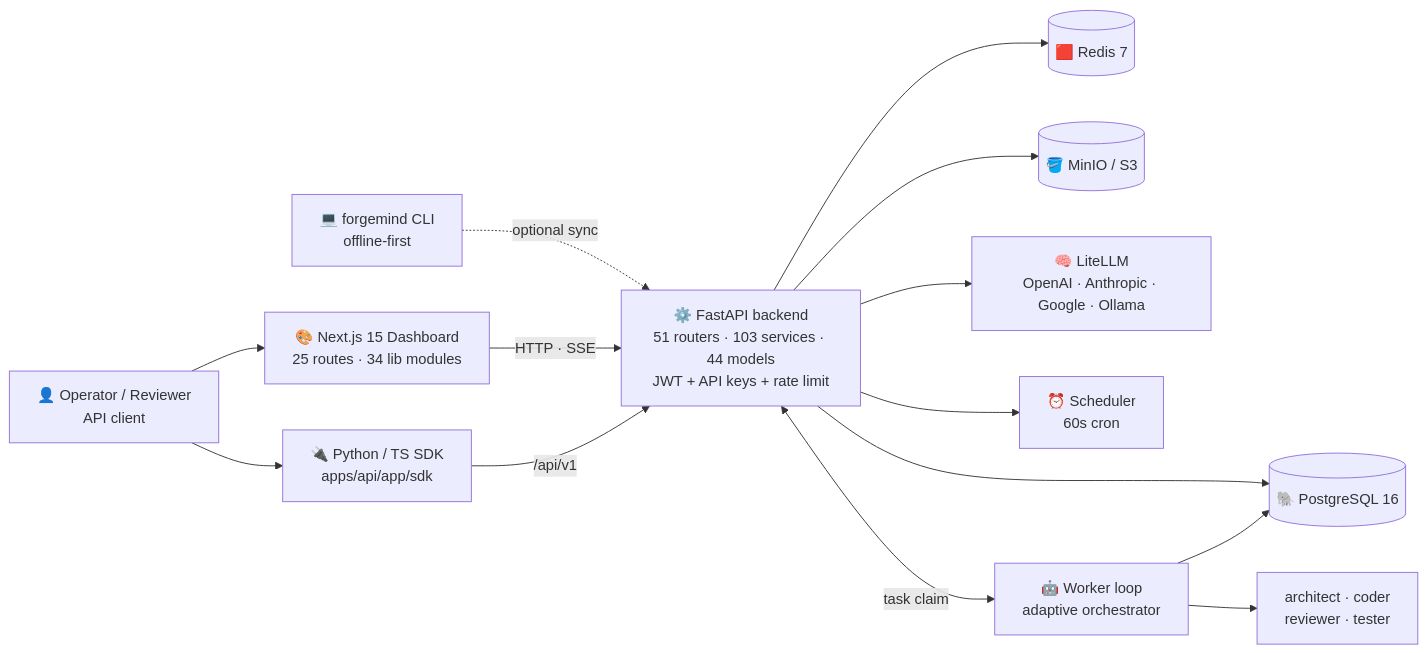
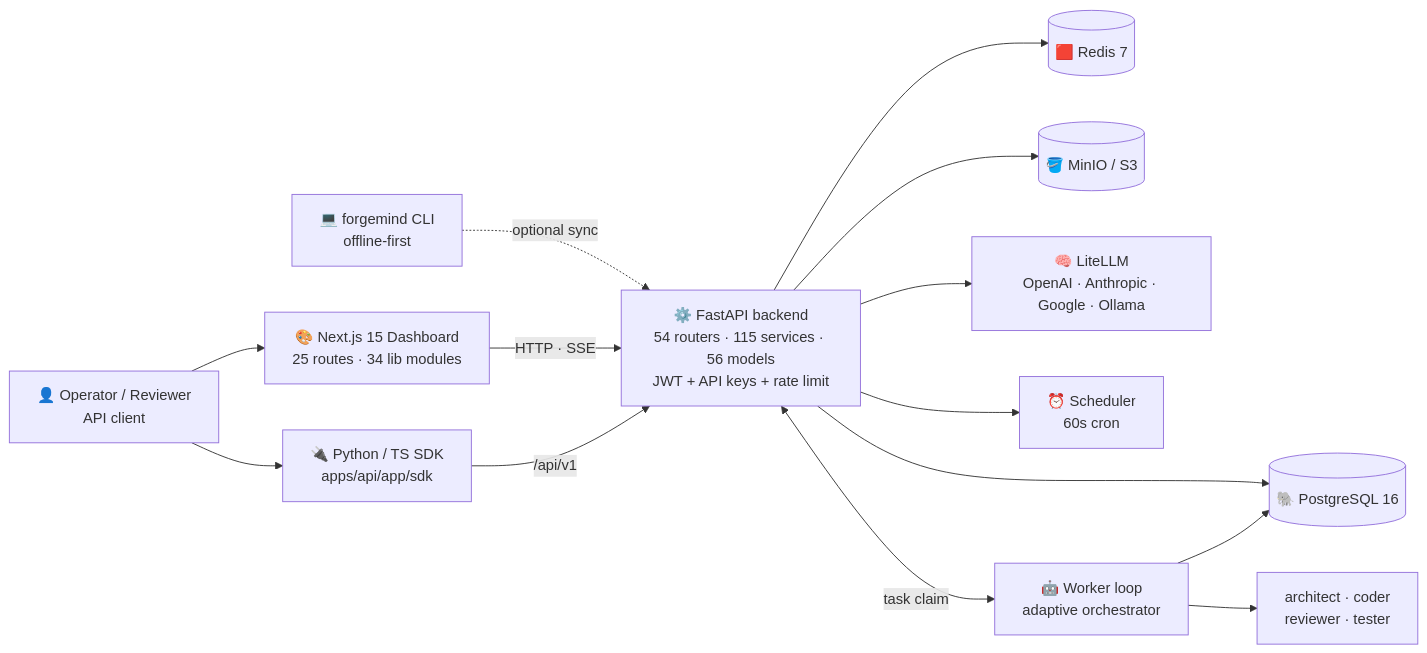
One commit to priyankmistry21699-web/Forgemind changed the first of 4 diagrams in README.md. Above: the diagram before and after it, drawn with Mermaid. The commit also changed other lines of this file and 128 other files, not shown here.

````diff
--- a/README.md
+++ b/README.md
@@ -163,21 +166,21 @@
 ```mermaid
 flowchart LR
     U["👤 Operator / Reviewer<br/>API client"] --> FE["🎨 Next.js 15 Dashboard<br/>25 routes · 34 lib modules"]
     U --> SDK["🔌 Python / TS SDK<br/>apps/api/app/sdk"]
     CLI["💻 forgemind CLI<br/>offline-first"] -. optional sync .-> API
 
     FE -->|HTTP · SSE| API
     SDK -->|/api/v1| API
 
-    API["⚙️ FastAPI backend<br/>51 routers · 103 services · 44 models<br/>JWT + API keys + rate limit"]
+    API["⚙️ FastAPI backend<br/>54 routers · 115 services · 56 models<br/>JWT + API keys + rate limit"]
 
     API --> PG[("🐘 PostgreSQL 16")]
     API --> RD[("🟥 Redis 7")]
     API --> S3[("🪣 MinIO / S3")]
     API --> LLM["🧠 LiteLLM<br/>OpenAI · Anthropic · Google · Ollama"]
     API --> SCHED["⏰ Scheduler<br/>60s cron"]
     API <-->|task claim| WORK
 
     WORK["🤖 Worker loop<br/>adaptive orchestrator"] --> AG["architect · coder<br/>reviewer · tester"]
     WORK --> PG
 ```
````
